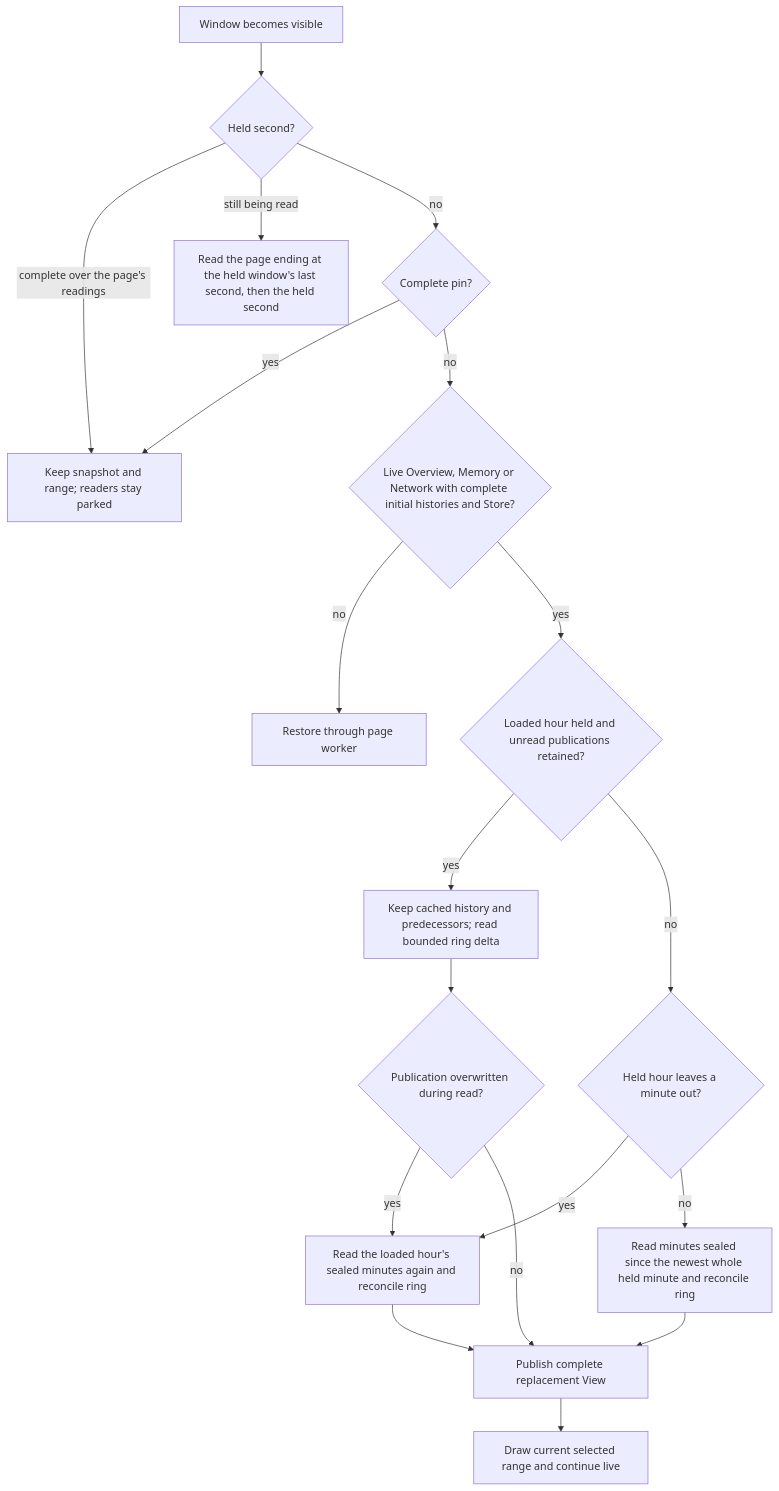
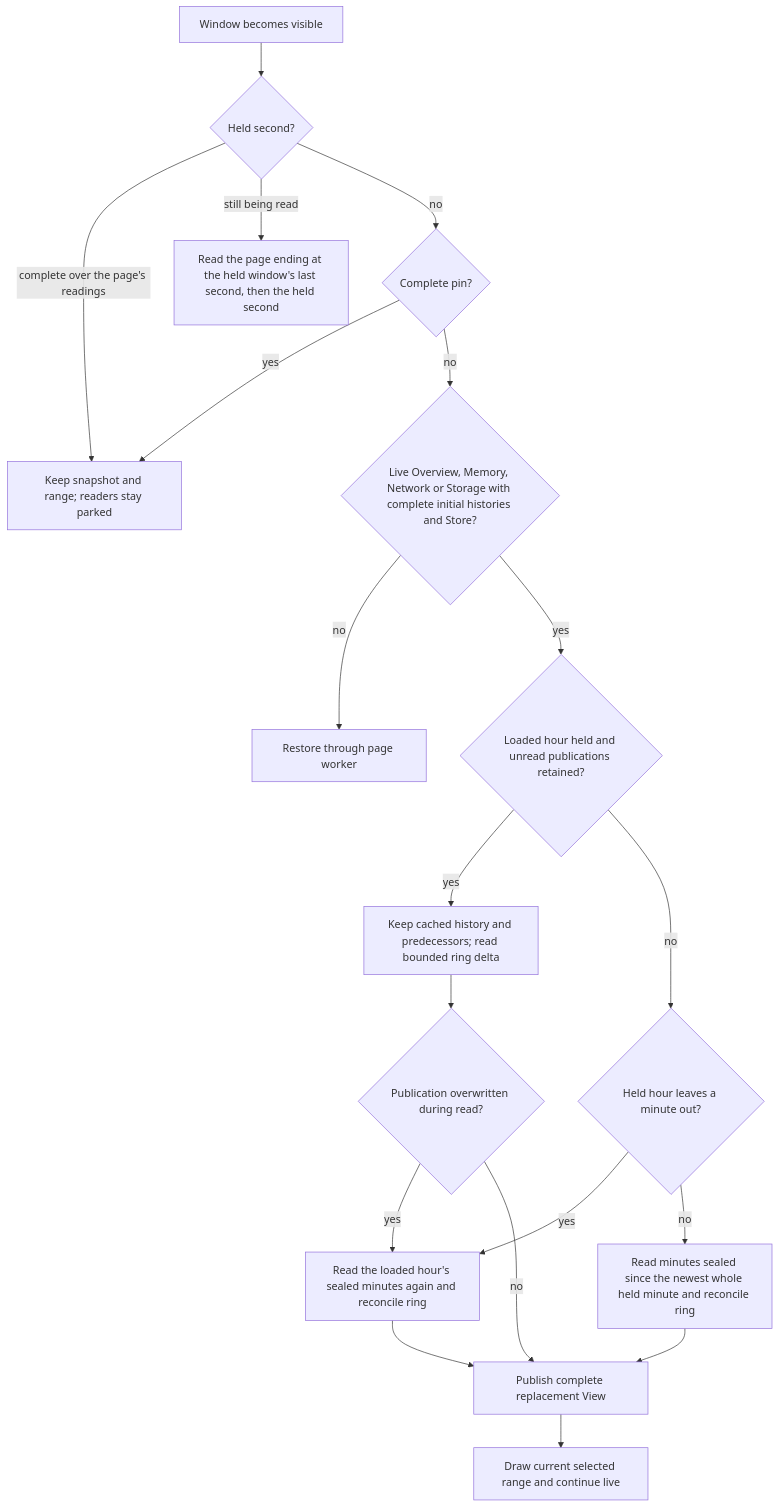
The third of 3 diagrams in docs/architecture.md (joaofnds/flightdeck), drawn with Mermaid before and after one commit. The commit also changed other lines of this file and 19 other files, not shown here.

````diff
--- a/docs/architecture.md
+++ b/docs/architecture.md
@@ -189,21 +189,21 @@
 ```mermaid
 flowchart TD
     Show[Window becomes visible] --> Held{Held second?}
     Held -->|complete over the page's readings| Keep
     Held -->|still being read| HeldRead[Read the page ending at the held window's last second, then the held second]
     Held -->|no| Pin{Complete pin?}
     Pin -->|yes| Keep[Keep snapshot and range; readers stay parked]
-    Pin -->|no| Eligible{Live Overview, Memory or Network with complete initial histories and Store?}
+    Pin -->|no| Eligible{Live Overview, Memory, Network or Storage with complete initial histories and Store?}
     Eligible -->|no| Worker[Restore through page worker]
     Eligible -->|yes| Covered{Loaded hour held and unread publications retained?}
     Covered -->|yes| Delta[Keep cached history and predecessors; read bounded ring delta]
     Covered -->|no| LeftOut{Held hour leaves a minute out?}
     LeftOut -->|yes| Hour
     LeftOut -->|no| Reload[Read minutes sealed since the newest whole held minute and reconcile ring]
     Delta --> Lost{Publication overwritten during read?}
     Lost -->|yes| Hour[Read the loaded hour's sealed minutes again and reconcile ring]
     Lost -->|no| Complete[Publish complete replacement View]
     Reload --> Complete
     Hour --> Complete
     Complete --> Live[Draw current selected range and continue live]
 ```
````
